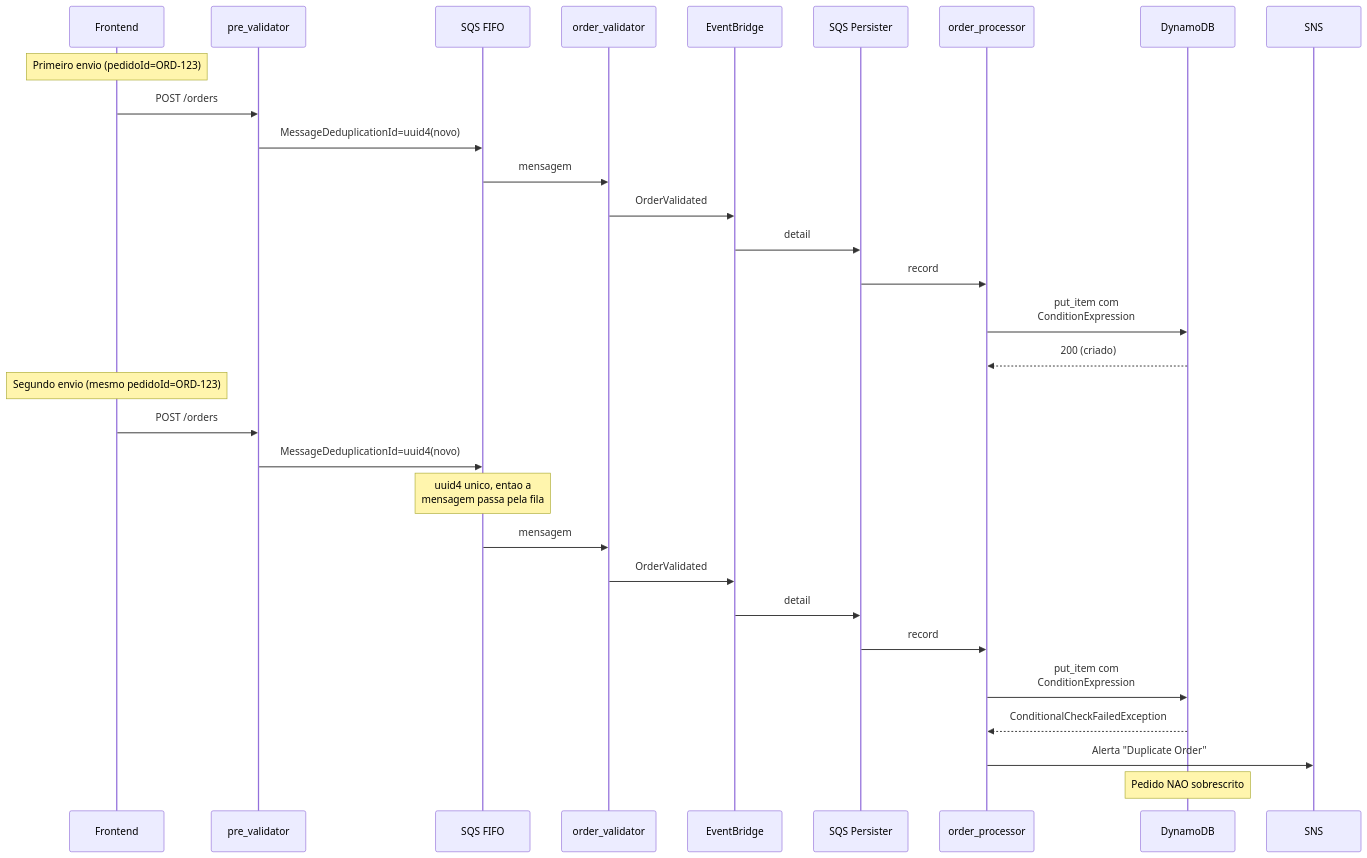
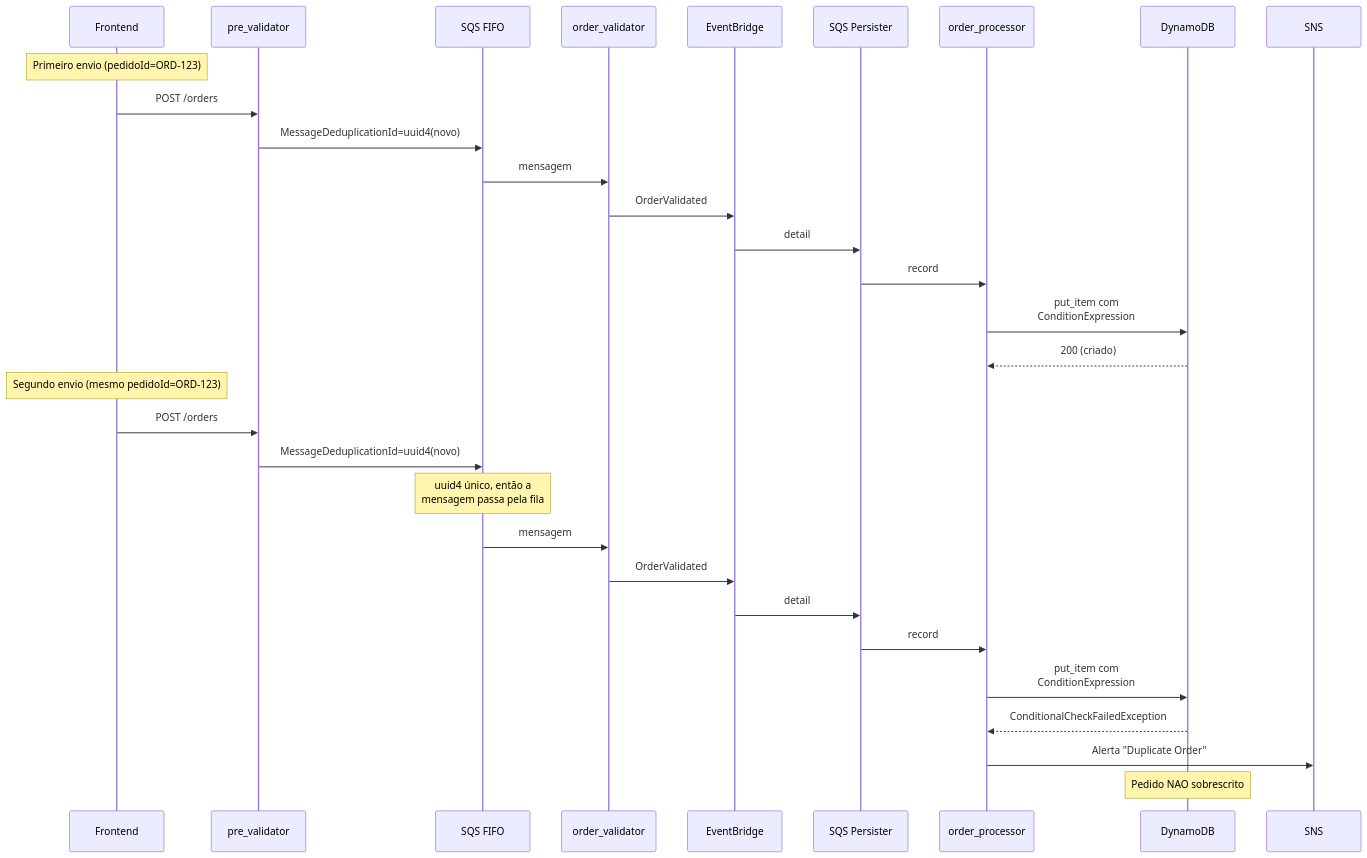
Before and after one commit to DessimA/aws-serverless-order-management: the fifth of 8 diagrams in ARCHITECTURE.md, drawn with Mermaid. The commit also changed other lines of this file and 17 other files, not shown here.

Commit message:
docs: portfolio-oriented README, ARCHITECTURE.md, and PT-BR accent fixes

````diff
--- a/ARCHITECTURE.md
+++ b/ARCHITECTURE.md
@@ -137,35 +137,35 @@
 ```mermaid
 sequenceDiagram
     participant APP as Frontend
     participant PRE as pre_validator
     participant FIFO as SQS FIFO
     participant VAL as order_validator
     participant EB as EventBridge
     participant SQS as SQS Persister
     participant PROC as order_processor
     participant DDB as DynamoDB
     participant SNS as SNS
 
     Note over APP: Primeiro envio (pedidoId=ORD-123)
     APP->>PRE: POST /orders
     PRE->>FIFO: MessageDeduplicationId=uuid4(novo)
     FIFO->>VAL: mensagem
     VAL->>EB: OrderValidated
     EB->>SQS: detail
     SQS->>PROC: record
     PROC->>DDB: put_item com<br/>ConditionExpression
     DDB-->>PROC: 200 (criado)
 
     Note over APP: Segundo envio (mesmo pedidoId=ORD-123)
     APP->>PRE: POST /orders
     PRE->>FIFO: MessageDeduplicationId=uuid4(novo)
-    Note over FIFO: uuid4 unico, entao a<br/>mensagem passa pela fila
+    Note over FIFO: uuid4 único, então a<br/>mensagem passa pela fila
     FIFO->>VAL: mensagem
     VAL->>EB: OrderValidated
     EB->>SQS: detail
     SQS->>PROC: record
     PROC->>DDB: put_item com<br/>ConditionExpression
     DDB-->>PROC: ConditionalCheckFailedException
     PROC->>SNS: Alerta "Duplicate Order"
     Note over DDB: Pedido NAO sobrescrito
 ```
````
